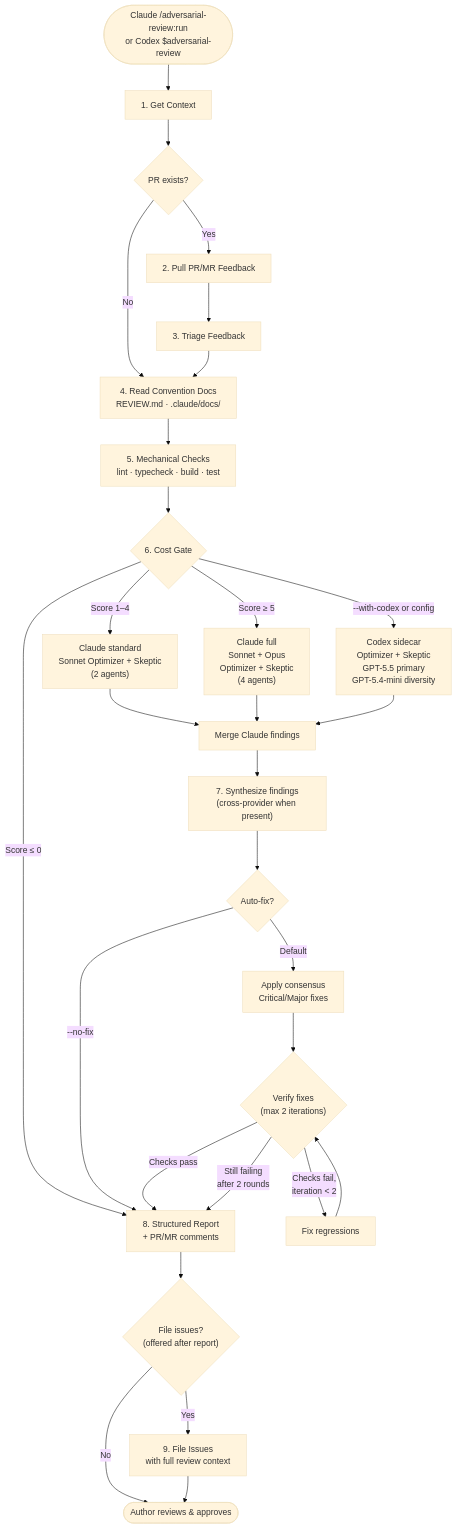
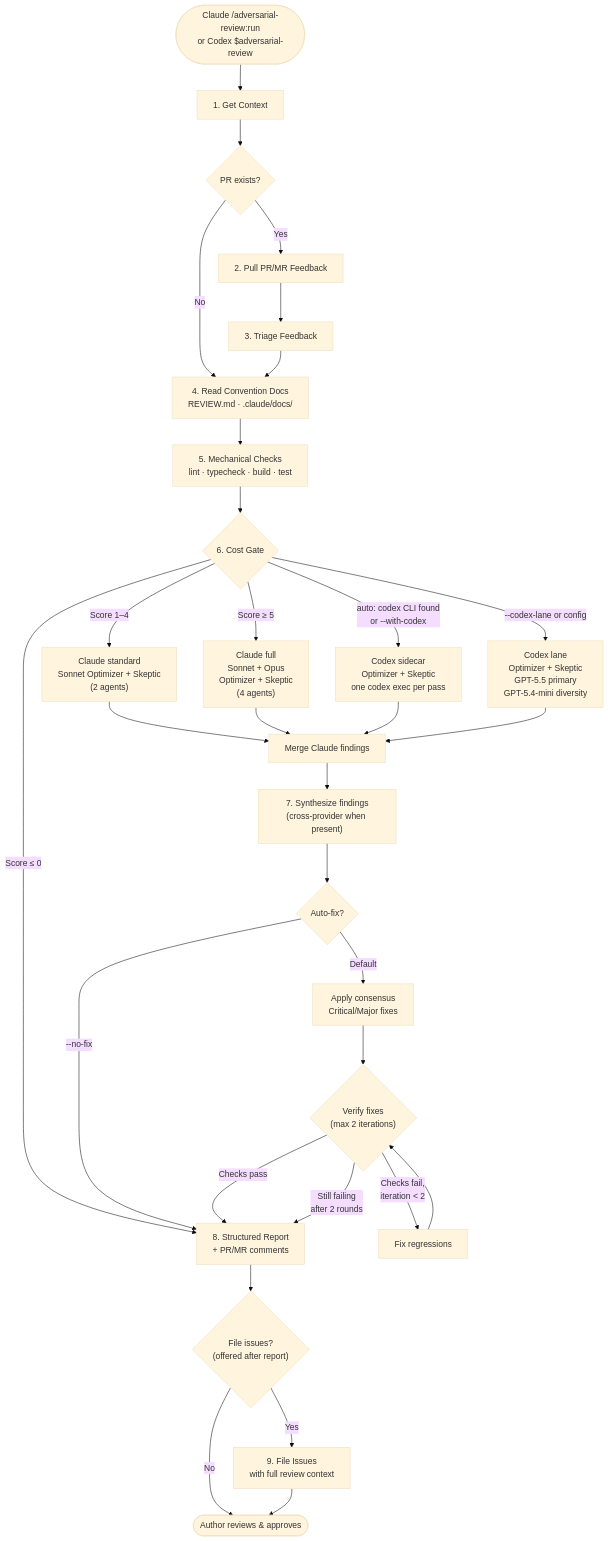
Before and after one commit to ng/adversarial-review: the first of 3 diagrams in README.md, drawn with Mermaid (base theme). The commit also changed other lines of this file and 2 other files, not shown here.

First line of the commit message:
feat: drive the full Codex lane from the Claude plugin and default Codex on when available (#27)

````diff
--- a/README.md
+++ b/README.md
@@ -192,29 +208,30 @@
 ```mermaid
 flowchart TD
     Start(["Claude /adversarial-review:run<br/>or Codex $adversarial-review"]) --> Context["1. Get Context"]
     Context --> PR{PR exists?}
     PR -->|Yes| Feedback["2. Pull PR/MR Feedback"]
     PR -->|No| Docs
     Feedback --> Triage["3. Triage Feedback"]
     Triage --> Docs["4. Read Convention Docs<br/>REVIEW.md · .claude/docs/"]
     Docs --> Mechanical["5. Mechanical Checks<br/>lint · typecheck · build · test"]
     Mechanical --> Gate{"6. Cost Gate"}
     Gate -->|"Score ≤ 0"| Report
     Gate -->|"Score 1–4"| Standard["Claude standard<br/>Sonnet Optimizer + Skeptic<br/>(2 agents)"]
     Gate -->|"Score ≥ 5"| Full["Claude full<br/>Sonnet + Opus<br/>Optimizer + Skeptic<br/>(4 agents)"]
-    Gate -->|"--with-codex or config"| CodexSidecar["Codex sidecar<br/>Optimizer + Skeptic<br/>GPT-5.5 primary<br/>GPT-5.4-mini diversity"]
+    Gate -->|"auto: codex CLI found<br/>or --with-codex"| CodexSidecar["Codex sidecar<br/>Optimizer + Skeptic<br/>one codex exec per pass"]
+    Gate -->|"--codex-lane or config"| CodexLaneRun["Codex lane<br/>Optimizer + Skeptic<br/>GPT-5.5 primary<br/>GPT-5.4-mini diversity"]
     Standard & Full --> ProviderMerge["Merge Claude findings"]
-    CodexSidecar --> ProviderMerge
+    CodexSidecar & CodexLaneRun --> ProviderMerge
     ProviderMerge --> Synth["7. Synthesize findings<br/>(cross-provider when present)"]
     Synth --> ModeCheck{Auto-fix?}
     ModeCheck -->|"--no-fix"| Report
     ModeCheck -->|"Default"| Apply["Apply consensus<br/>Critical/Major fixes"]
     Apply --> Verify{"Verify fixes<br/>(max 2 iterations)"}
     Verify -->|"Checks pass"| Report
     Verify -->|"Checks fail,<br/>iteration < 2"| Fix["Fix regressions"] --> Verify
     Verify -->|"Still failing<br/>after 2 rounds"| Report
     Report["8. Structured Report<br/>+ PR/MR comments"] --> Issues{"File issues?<br/>(offered after report)"}
     Issues -->|Yes| File["9. File Issues<br/>with full review context"]
     Issues -->|No| Done
     File --> Done([Author reviews & approves])
 ```
````
